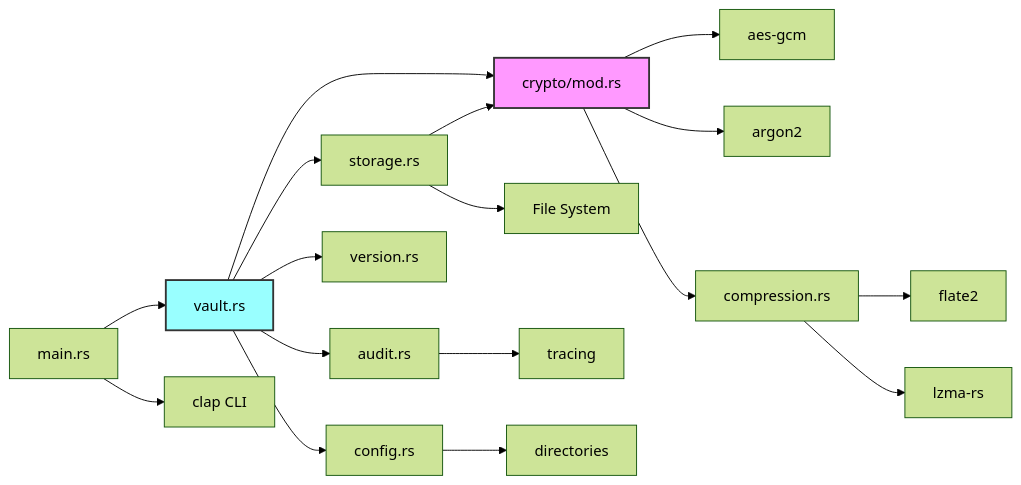
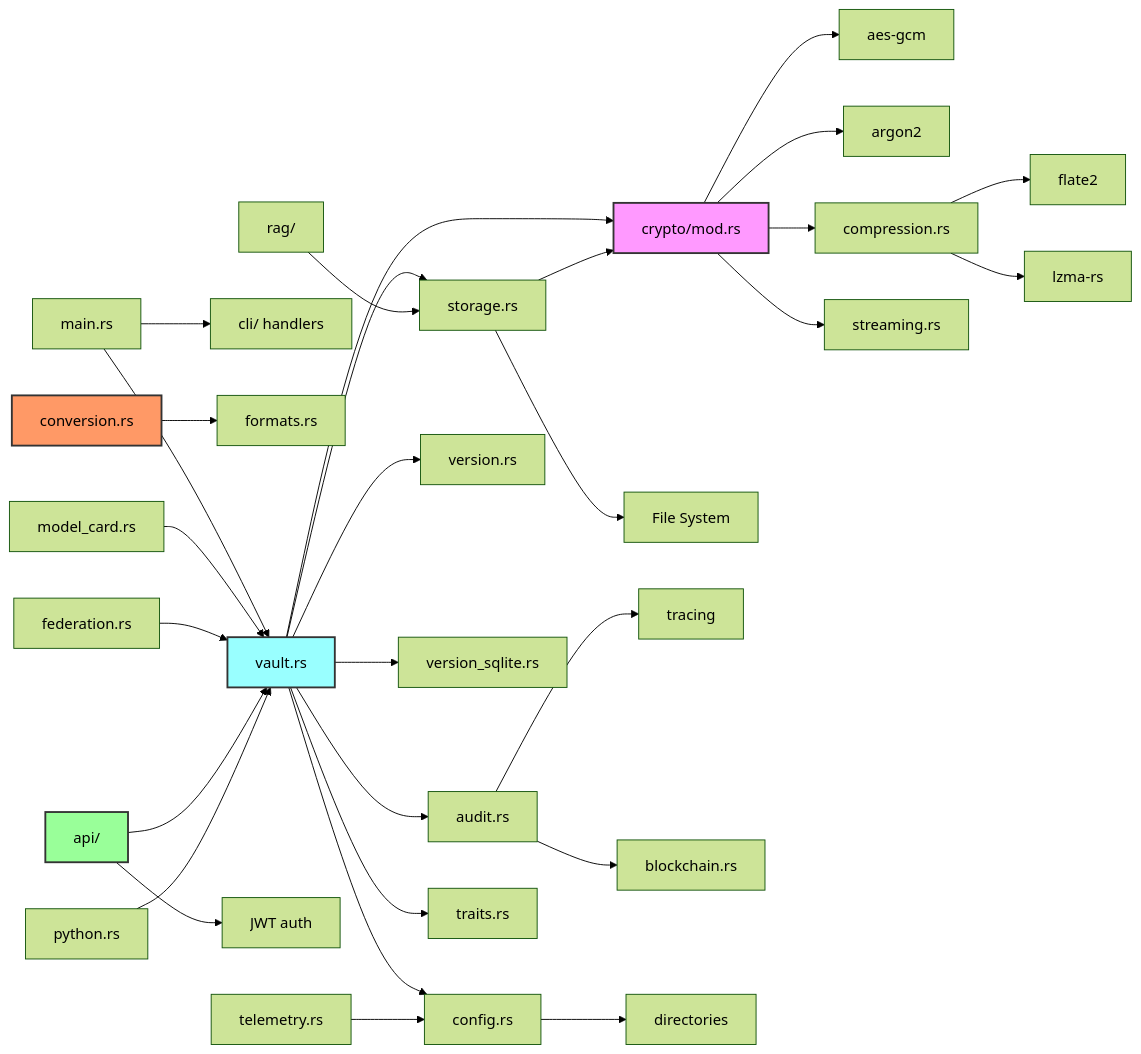
The tenth of 10 diagrams in docs/ARCHITECTURE.md (nervosys/AIModelVault), drawn with Mermaid (forest theme) before and after one commit. The commit also changed other lines of this file and 7 other files, not shown here.

````diff
--- a/docs/ARCHITECTURE.md
+++ b/docs/ARCHITECTURE.md
@@ -382,28 +404,43 @@
 ```mermaid
 graph LR
     Main[main.rs] --> Vault
-    Main --> CLI[clap CLI]
+    Main --> CLI[cli/ handlers]
     
     Vault[vault.rs] --> Config[config.rs]
     Vault --> Storage[storage.rs]
     Vault --> Version[version.rs]
+    Vault --> SQLite[version_sqlite.rs]
     Vault --> Crypto
     Vault --> Audit[audit.rs]
+    Vault --> Traits[traits.rs]
     
     Storage --> Crypto[crypto/mod.rs]
     Storage --> FS[File System]
     
     Crypto --> AES[aes-gcm]
     Crypto --> Argon[argon2]
     Crypto --> Compress[compression.rs]
+    Crypto --> Stream[streaming.rs]
     
     Compress --> Gzip[flate2]
     Compress --> LZMA[lzma-rs]
     
     Audit --> Log[tracing]
+    Audit --> Blockchain[blockchain.rs]
     
     Config --> XDG[directories]
     
+    Conversion[conversion.rs] --> Formats[formats.rs]
+    ModelCard[model_card.rs] --> Vault
+    Federation[federation.rs] --> Vault
+    Telemetry[telemetry.rs] --> Config
+    API[api/] --> Vault
+    API --> Auth[JWT auth]
+    RAG[rag/] --> Storage
+    Python[python.rs] --> Vault
+    
     style Vault fill:#9ff,stroke:#333,stroke-width:2px
     style Crypto fill:#f9f,stroke:#333,stroke-width:2px
+    style API fill:#9f9,stroke:#333,stroke-width:2px
+    style Conversion fill:#f96,stroke:#333,stroke-width:2px
 ```
````
